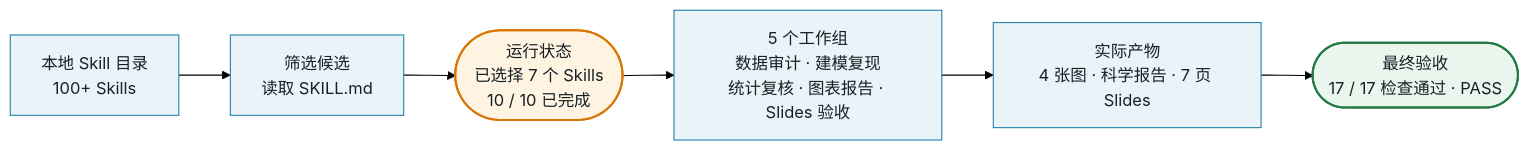
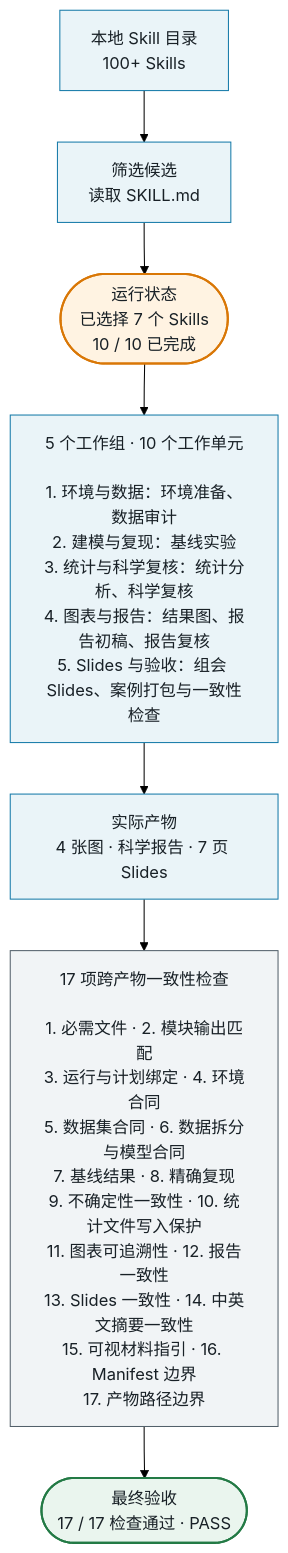
Before and after one commit to hallfay0/Vibe-Skills: the diagram in README.zh.md, drawn with Mermaid (forest theme). The commit also changed 2 other files, not shown here.

Commit message:
docs: expand case workflow details

````diff
--- a/README.zh.md
+++ b/README.zh.md
@@ -73,15 +73,18 @@
 ```mermaid
-flowchart LR
+flowchart TB
     A["本地 Skill 目录<br/>100+ Skills"] --> B["筛选候选<br/>读取 SKILL.md"]
     B --> S(["运行状态<br/>已选择 7 个 Skills<br/>10 / 10 已完成"])
-    S --> C["5 个工作组<br/>数据审计 · 建模复现<br/>统计复核 · 图表报告 · Slides 验收"]
-    C --> D["实际产物<br/>4 张图 · 科学报告 · 7 页 Slides"]
-    D --> E(["最终验收<br/>17 / 17 检查通过 · PASS"])
+    S --> W["5 个工作组 · 10 个工作单元<br/><br/>1. 环境与数据：环境准备、数据审计<br/>2. 建模与复现：基线实验<br/>3. 统计与科学复核：统计分析、科学复核<br/>4. 图表与报告：结果图、报告初稿、报告复核<br/>5. Slides 与验收：组会 Slides、案例打包与一致性检查"]
+    W --> D["实际产物<br/>4 张图 · 科学报告 · 7 页 Slides"]
+    D --> C["17 项跨产物一致性检查<br/><br/>1. 必需文件 · 2. 模块输出匹配<br/>3. 运行与计划绑定 · 4. 环境合同<br/>5. 数据集合同 · 6. 数据拆分与模型合同<br/>7. 基线结果 · 8. 精确复现<br/>9. 不确定性一致性 · 10. 统计文件写入保护<br/>11. 图表可追溯性 · 12. 报告一致性<br/>13. Slides 一致性 · 14. 中英文摘要一致性<br/>15. 可视材料指引 · 16. Manifest 边界<br/>17. 产物路径边界"]
+    C --> E(["最终验收<br/>17 / 17 检查通过 · PASS"])
 
     classDef work fill:#EAF4F8,stroke:#1479A8,color:#182026;
     classDef status fill:#FFF3E2,stroke:#D97706,color:#182026,stroke-width:2px;
+    classDef checks fill:#F1F4F6,stroke:#52606A,color:#182026;
     classDef result fill:#EAF5EE,stroke:#237A45,color:#182026,stroke-width:2px;
-    class A,B,C,D work;
+    class A,B,W,D work;
     class S status;
+    class C checks;
     class E result;
 ```
````
